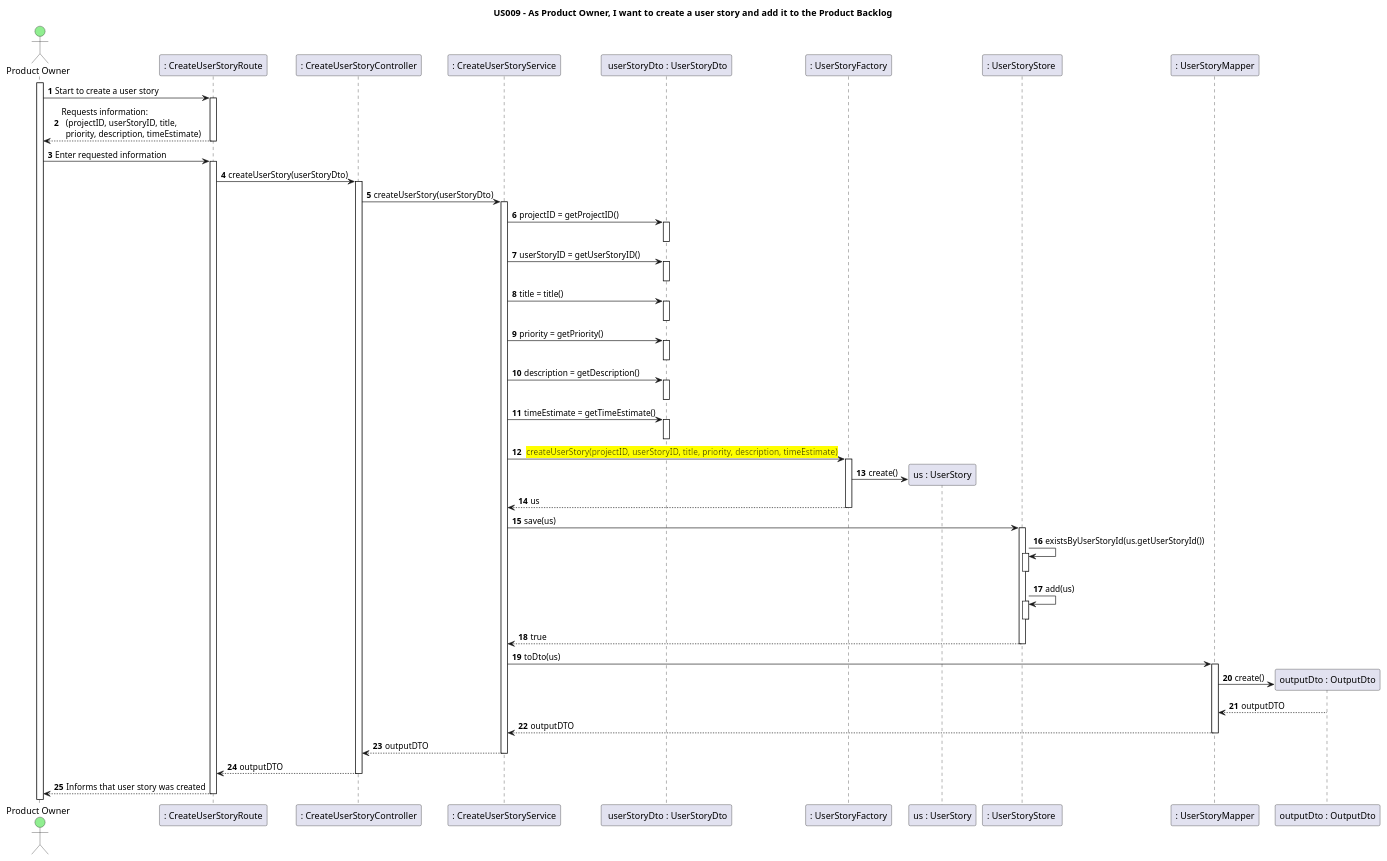
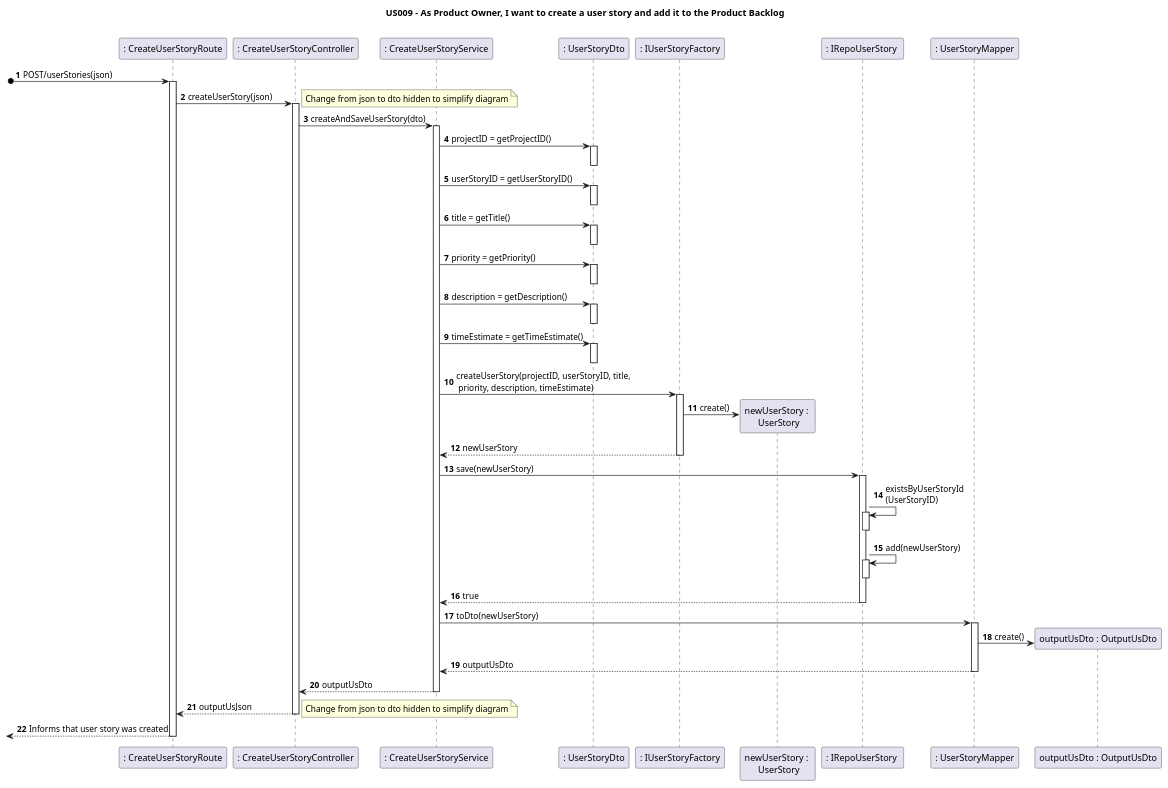
One commit to nunogon1211787/projectManagement changed the diagram in docs/Sprint1/US009/US009RE-SD.puml. Above: the diagram before and after it, drawn with PlantUML. The commit also changed 33 other files, not shown here.

Commit message:
US009 - Refactor DS | Include DTO, Mapper, factory and service US009 - Implement UserStoryService US009 - Implement OutputUsDTO US009: Refactoring: CreateUserStoryController, class UserStory, UserStoryStore, UserStoryDTO (addresses #137)  (addresses  #139)  (addresses  #140)  (addresses #141)

```diff
--- a/docs/Sprint1/US009/US009RE-SD.puml
+++ b/docs/Sprint1/US009/US009RE-SD.puml
@@ -1,59 +1,60 @@
 @startuml
 'https://plantuml.com/sequence-diagram
 
 title US009 - As Product Owner, I want to create a user story and add it to the Product Backlog
 
 autoactivate on
 autonumber
 
-actor "Product Owner" as User #lightgreen
+
 participant ": CreateUserStoryRoute" as System
 participant ": CreateUserStoryController" as Ctrl
 participant ": CreateUserStoryService" as appService
-participant " userStoryDto : UserStoryDto" as usDto
-participant ": UserStoryFactory" as factory
-participant "us : UserStory" as us
-participant ": UserStoryStore " as usStore
+participant ": UserStoryDto" as usDto
+participant ": IUserStoryFactory" as factory
+participant "newUserStory : \n UserStory" as us
+participant ": IRepoUserStory " as usStore
 participant ": UserStoryMapper" as usMapper
-participant "outputDto : OutputDto" as outDto
+participant "outputUsDto : OutputUsDto" as outDto
 
 
-activate User
 
-
-User -> System: Start to create a user story
-System --> User : Requests information: \n  (projectID, userStoryID, title, \n  priority, description, timeEstimate)
-User -> System: Enter requested information
-System -> Ctrl: createUserStory(userStoryDto)
-Ctrl -> appService: createUserStory(userStoryDto)
+[o-> System: POST/userStories(json)
+System -> Ctrl: createUserStory(json)
+note right
+Change from json to dto hidden to simplify diagram
+end note
+Ctrl -> appService: createAndSaveUserStory(dto)
 appService -> usDto: projectID = getProjectID()
 deactivate
 appService -> usDto: userStoryID = getUserStoryID()
 deactivate
-appService -> usDto: title = title()
+appService -> usDto: title = getTitle()
 deactivate
 appService -> usDto: priority = getPriority()
 deactivate
 appService -> usDto: description = getDescription()
 deactivate
 appService -> usDto: timeEstimate = getTimeEstimate()
 deactivate
-appService -> factory:  <back:yellow> createUserStory(projectID, userStoryID, title, priority, description, timeEstimate)</back>
+appService -> factory:  createUserStory(projectID, userStoryID, title,\n priority, description, timeEstimate)
 factory -> us **: create()
-factory --> appService: us
-appService-> usStore: save(us)
-usStore-> usStore: existsByUserStoryId(us.getUserStoryId())
+factory --> appService: newUserStory
+
+appService-> usStore: save(newUserStory)
+usStore-> usStore: existsByUserStoryId\n(UserStoryID)
 deactivate
-usStore-> usStore: add(us)
+usStore-> usStore: add(newUserStory)
 deactivate
 usStore --> appService : true
-
-appService-> usMapper : toDto(us)
+appService-> usMapper : toDto(newUserStory)
 usMapper-> outDto **:create()
-outDto-->usMapper: outputDTO
-usMapper --> appService: outputDTO
-appService --> Ctrl: outputDTO
-Ctrl --> System: outputDTO
-System--> User: Informs that user story was created
+usMapper --> appService: outputUsDto
+appService --> Ctrl: outputUsDto
+Ctrl --> System: outputUsJson
+note right
+Change from json to dto hidden to simplify diagram
+end note
+[<--System : Informs that user story was created
 
 @enduml
```
